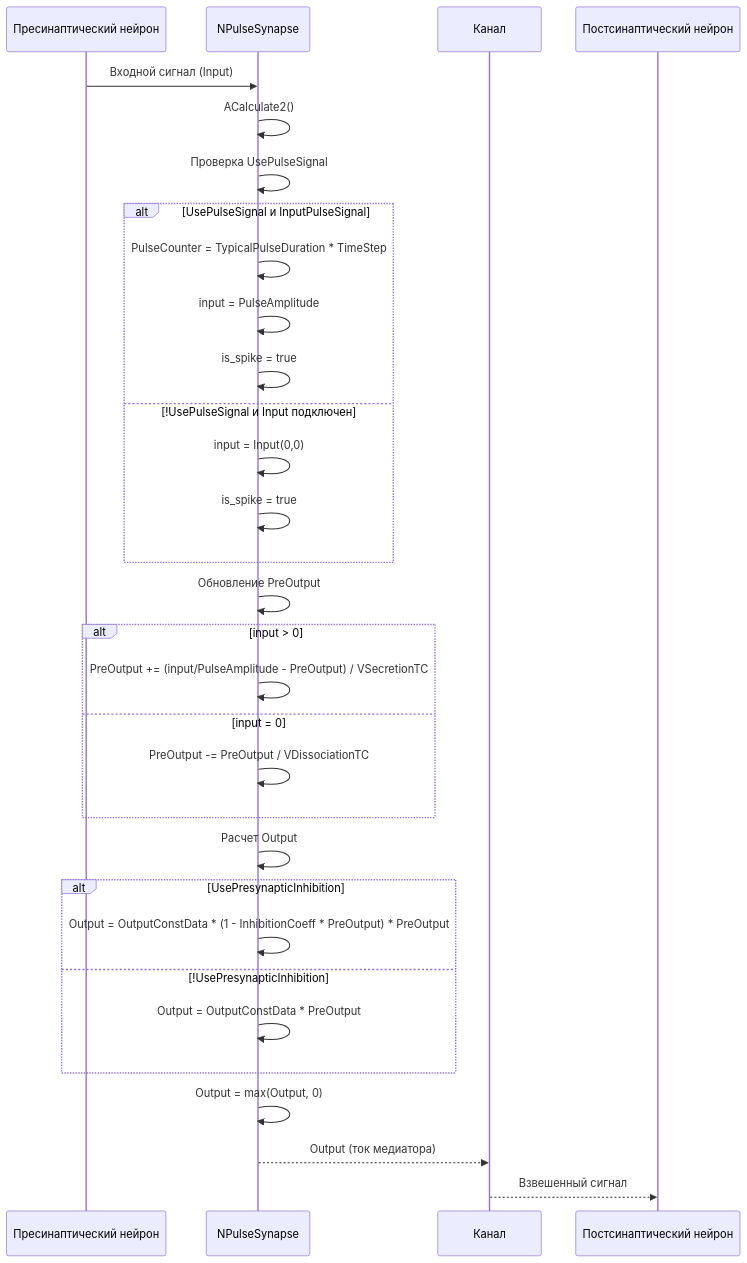
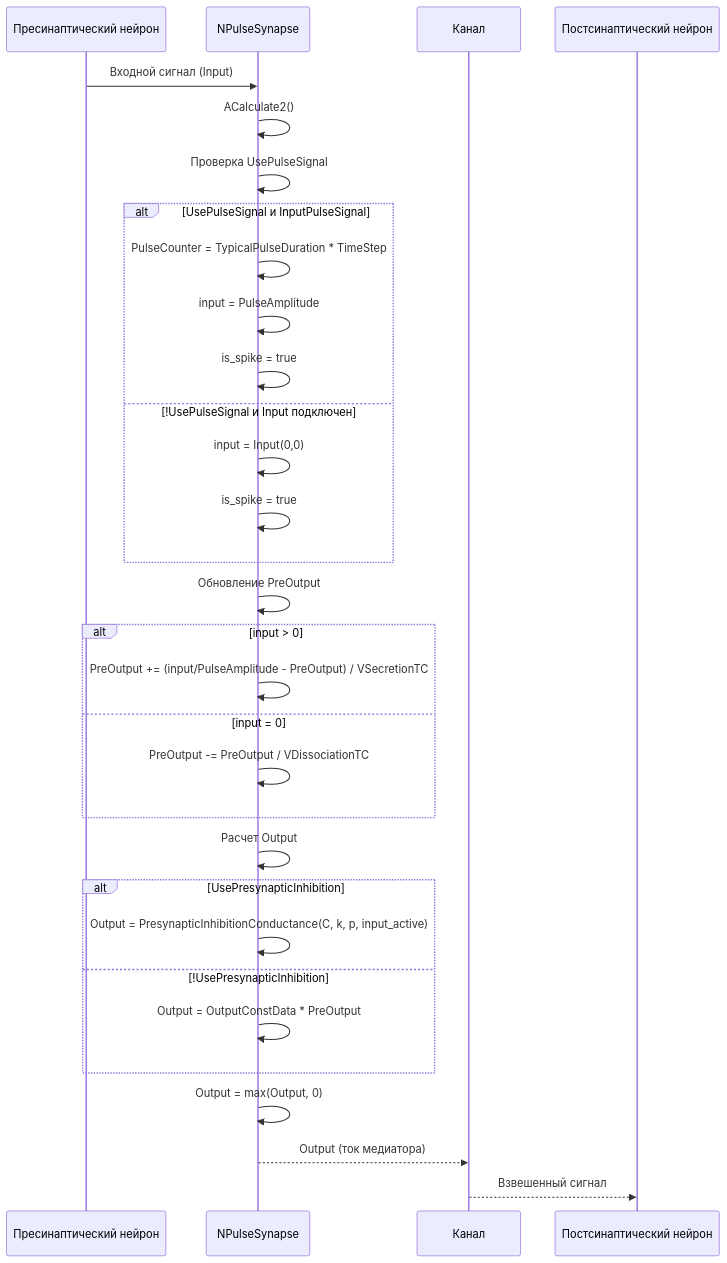
One commit to aicommunity/Nmsdk-PulseLib changed the second of 10 diagrams in Docs/Components/NPulseSynapse.md. Above: the diagram before and after it, drawn with Mermaid. The commit also changed other lines of this file and 2 other files, not shown here.

Commit message:
Update source and synapse lifecycle documentation against native implementations

````diff
--- a/Docs/Components/NPulseSynapse.md
+++ b/Docs/Components/NPulseSynapse.md
@@ -58,34 +58,34 @@
 ```mermaid
 sequenceDiagram
     participant PreNeuron as Пресинаптический нейрон
     participant Synapse as NPulseSynapse
     participant Channel as Канал
     participant PostNeuron as Постсинаптический нейрон
     
     PreNeuron->>Synapse: Входной сигнал (Input)
     Synapse->>Synapse: ACalculate2()
     Synapse->>Synapse: Проверка UsePulseSignal
     alt UsePulseSignal и InputPulseSignal
         Synapse->>Synapse: PulseCounter = TypicalPulseDuration * TimeStep
         Synapse->>Synapse: input = PulseAmplitude
         Synapse->>Synapse: is_spike = true
     else !UsePulseSignal и Input подключен
         Synapse->>Synapse: input = Input(0,0)
         Synapse->>Synapse: is_spike = true
     end
     Synapse->>Synapse: Обновление PreOutput
     alt input > 0
         Synapse->>Synapse: PreOutput += (input/PulseAmplitude - PreOutput) / VSecretionTC
     else input = 0
         Synapse->>Synapse: PreOutput -= PreOutput / VDissociationTC
     end
     Synapse->>Synapse: Расчет Output
     alt UsePresynapticInhibition
-        Synapse->>Synapse: Output = OutputConstData * (1 - InhibitionCoeff * PreOutput) * PreOutput
+        Synapse->>Synapse: Output = PresynapticInhibitionConductance(C, k, p, input_active)
     else !UsePresynapticInhibition
         Synapse->>Synapse: Output = OutputConstData * PreOutput
     end
     Synapse->>Synapse: Output = max(Output, 0)
     Synapse-->>Channel: Output (ток медиатора)
     Channel-->>PostNeuron: Взвешенный сигнал
 ```
````
